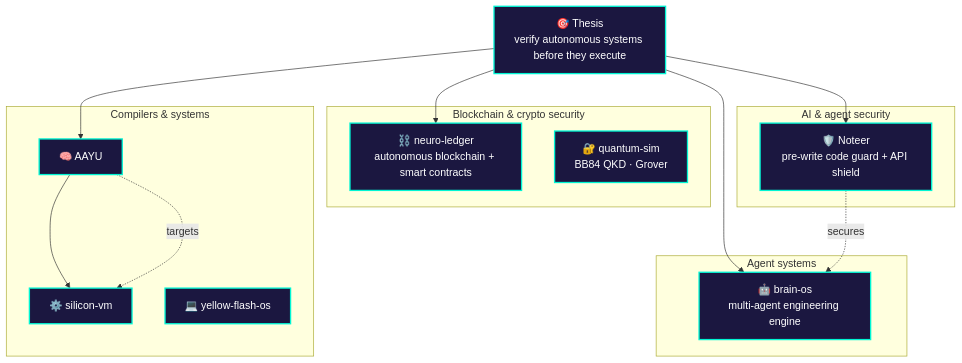
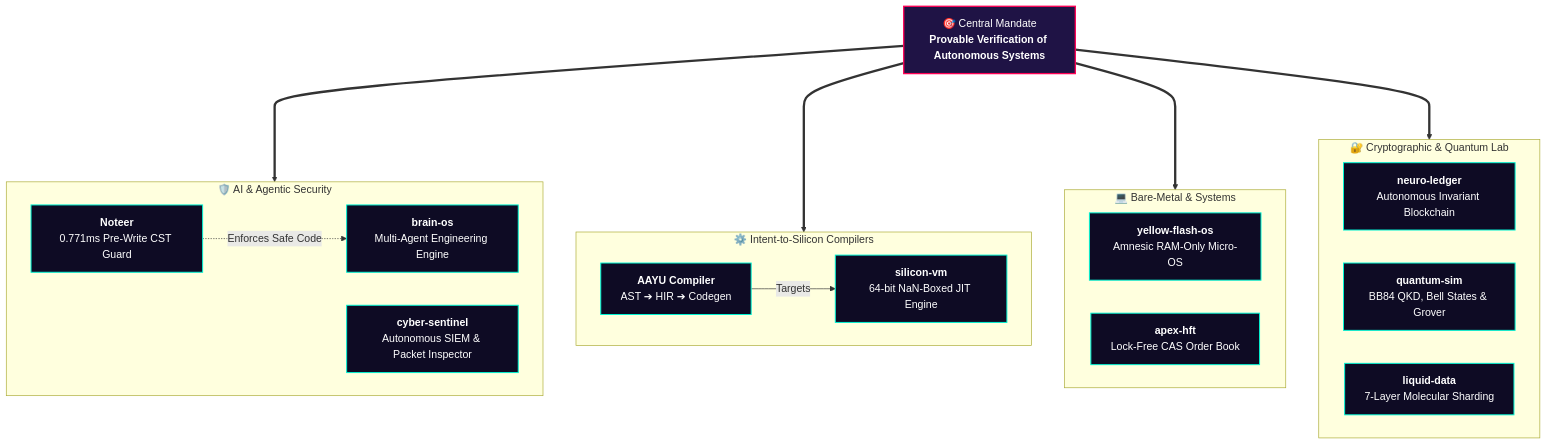
One commit to Ghrit-igl/Ghrit-igl changed the diagram in README.md. Above: the diagram before and after it, drawn with Mermaid. The commit also changed other lines of this file and 1 other file, not shown here.

Commit message:
feat: 2026 God-Tier Cyber-Silicon profile HUD with automated neon snake workflow

````diff
--- a/README.md
+++ b/README.md
@@ -42,29 +109,38 @@
 ```mermaid
-flowchart TB
-    T["🎯 Thesis<br/>verify autonomous systems before they execute"]
+flowchart TD
+    CORE["🎯 Central Mandate<br/><b>Provable Verification of Autonomous Systems</b>"]
 
-    subgraph AI["AI & agent security"]
-        N["🛡️ Noteer<br/>pre-write code guard + API shield"]
-    end
-    subgraph BC["Blockchain & crypto security"]
-        L["⛓️ neuro-ledger<br/>autonomous blockchain + smart contracts"]
-        Q["🔐 quantum-sim<br/>BB84 QKD · Grover"]
-    end
-    subgraph SYS["Compilers & systems"]
-        A["🧠 AAYU"] --> V["⚙️ silicon-vm"]
-        OS["💻 yellow-flash-os"]
-    end
-    subgraph AG["Agent systems"]
-        B["🤖 brain-os<br/>multi-agent engineering engine"]
+    subgraph SEC["🛡️ AI & Agentic Security"]
+        NOTEER["<b>Noteer</b><br/>0.771ms Pre-Write CST Guard"]
+        BRAIN["<b>brain-os</b><br/>Multi-Agent Engineering Engine"]
+        SENTINEL["<b>cyber-sentinel</b><br/>Autonomous SIEM & Packet Inspector"]
+        NOTEER -.->|"Enforces Safe Code"| BRAIN
     end
 
-    T --> N
-    T --> L
-    T --> A
-    T --> B
-    N -.secures.-> B
-    A -.targets.-> V
+    subgraph COMP["⚙️ Intent-to-Silicon Compilers"]
+        AAYU["<b>AAYU Compiler</b><br/>AST ➔ HIR ➔ Codegen"]
+        SVM["<b>silicon-vm</b><br/>64-bit NaN-Boxed JIT Engine"]
+        AAYU -->|"Targets"| SVM
+    end
 
-    classDef n fill:#1b1740,stroke:#00f5d4,color:#fff,stroke-width:2px;
-    class T,N,L,Q,A,V,OS,B n;
+    subgraph OS["💻 Bare-Metal & Systems"]
+        FLASH["<b>yellow-flash-os</b><br/>Amnesic RAM-Only Micro-OS"]
+        HFT["<b>apex-hft</b><br/>Lock-Free CAS Order Book"]
+    end
+
+    subgraph CRYPT["🔐 Cryptographic & Quantum Lab"]
+        LEDGER["<b>neuro-ledger</b><br/>Autonomous Invariant Blockchain"]
+        QUANTUM["<b>quantum-sim</b><br/>BB84 QKD, Bell States & Grover"]
+        LIQUID["<b>liquid-data</b><br/>7-Layer Molecular Sharding"]
+    end
+
+    CORE ===> SEC
+    CORE ===> COMP
+    CORE ===> OS
+    CORE ===> CRYPT
+
+    classDef obsidian fill:#0e0b24,stroke:#00f5d4,stroke-width:1.5px,color:#ffffff;
+    classDef highlight fill:#1f1345,stroke:#ff0055,stroke-width:2px,color:#ffffff;
+    class CORE highlight;
+    class NOTEER,BRAIN,SENTINEL,AAYU,SVM,FLASH,HFT,LEDGER,QUANTUM,LIQUID obsidian;
 ```
````
